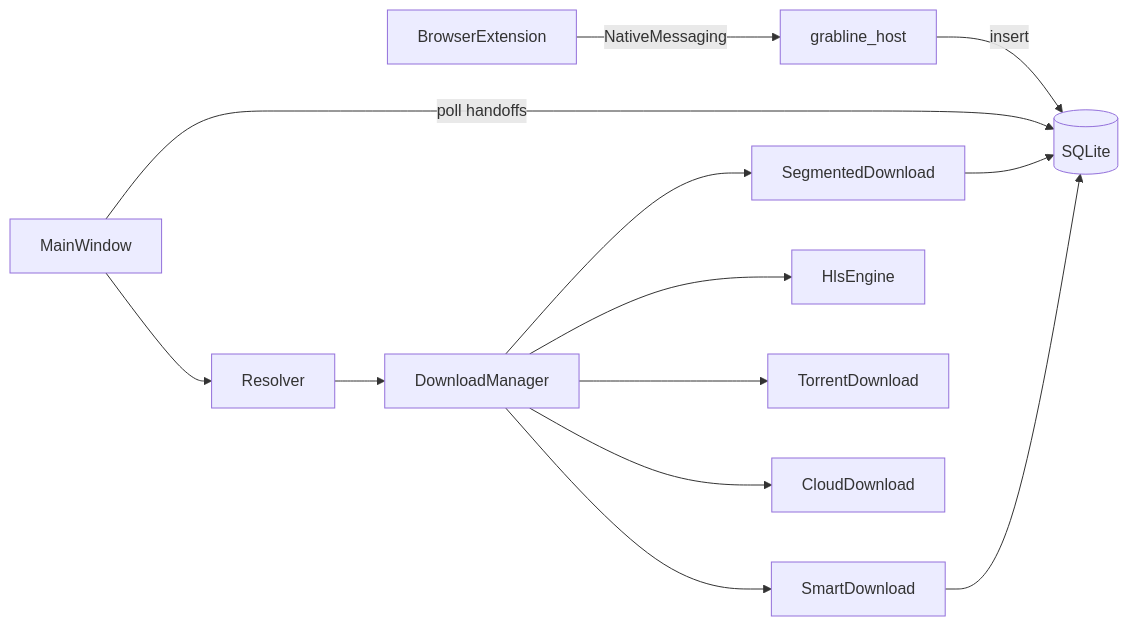
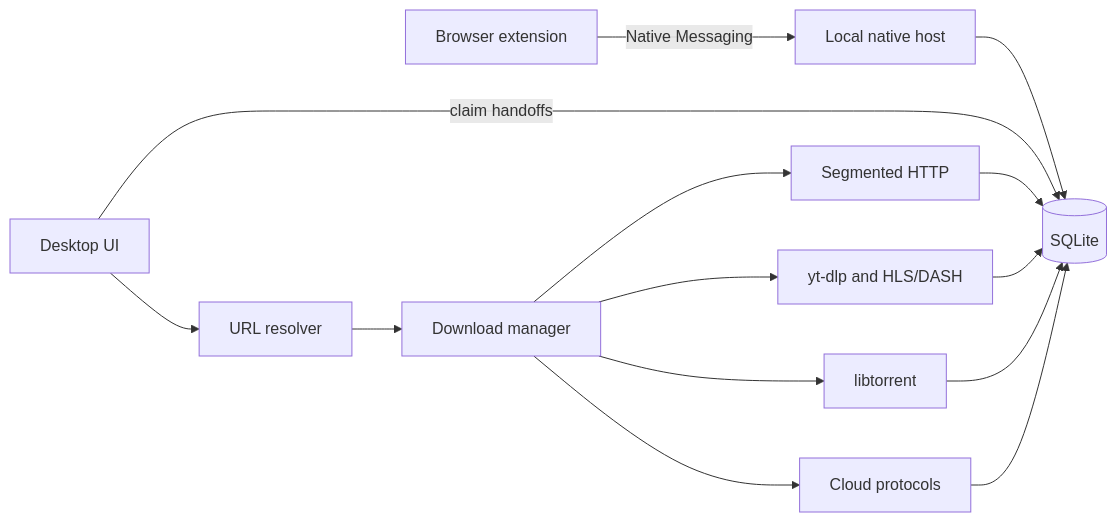
The diagram in docs/learn-grabline.md (Gr33nOps/GrabLine), drawn with Mermaid before and after one commit. The commit also changed other lines of this file and 24 other files, not shown here.

````diff
--- a/docs/learn-grabline.md
+++ b/docs/learn-grabline.md
@@ -70,15 +13,16 @@
 ```mermaid
 flowchart LR
-  Browser[BrowserExtension] -->|NativeMessaging| Host[grabline_host]
-  Host -->|insert| DB[(SQLite)]
-  UI[MainWindow] -->|poll handoffs| DB
-  UI --> Resolver
-  Resolver --> Manager[DownloadManager]
-  Manager --> Direct[SegmentedDownload]
-  Manager --> Smart[SmartDownload]
-  Manager --> HLS[HlsEngine]
-  Manager --> Torrent[TorrentDownload]
-  Manager --> Cloud[CloudDownload]
-  Direct --> DB
-  Smart --> DB
+  Browser[Browser extension] -->|Native Messaging| Host[Local native host]
+  Host --> DB[(SQLite)]
+  UI[Desktop UI] -->|claim handoffs| DB
+  UI --> Resolver[URL resolver]
+  Resolver --> Manager[Download manager]
+  Manager --> HTTP[Segmented HTTP]
+  Manager --> Media[yt-dlp and HLS/DASH]
+  Manager --> Torrent[libtorrent]
+  Manager --> Cloud[Cloud protocols]
+  HTTP --> DB
+  Media --> DB
+  Torrent --> DB
+  Cloud --> DB
 ```
````
